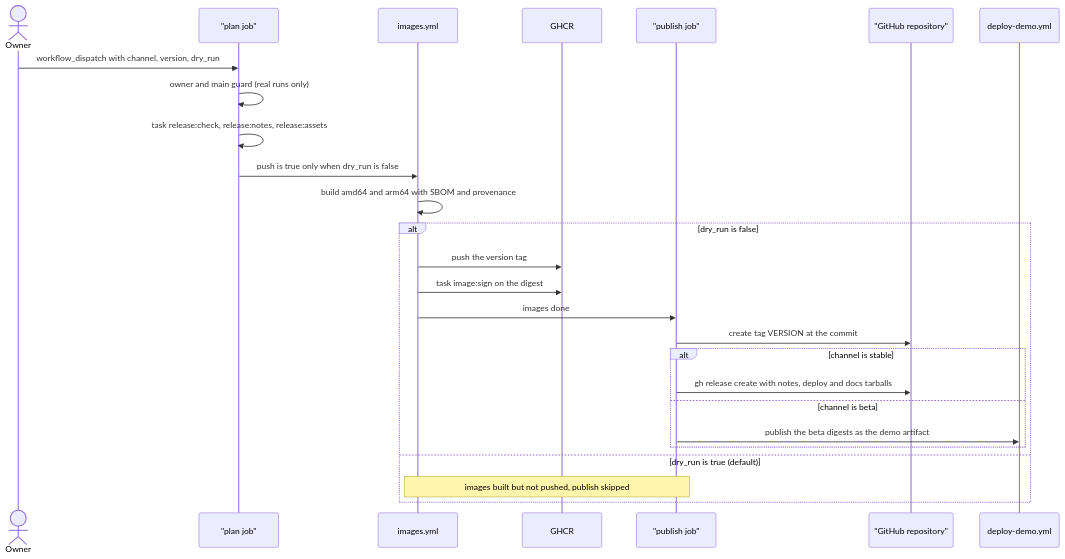
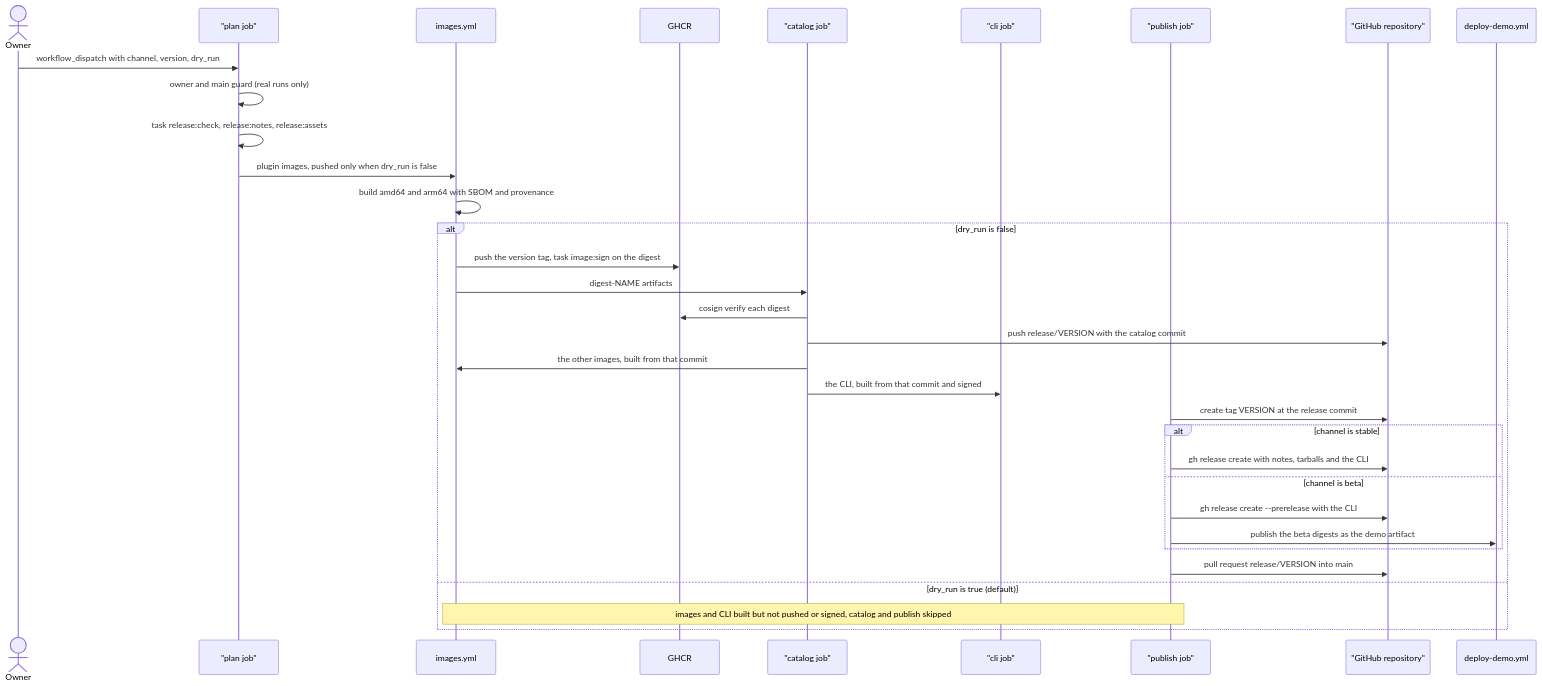
One commit to arkadiuss/openfief changed the fifth of 5 diagrams in docs/dev/pipeline.md. Above: the diagram before and after it, drawn with Mermaid. The commit also changed other lines of this file and 39 other files, not shown here.

````diff
--- a/docs/dev/pipeline.md
+++ b/docs/dev/pipeline.md
@@ -211,28 +214,35 @@
 ```mermaid
 sequenceDiagram
   actor A as Owner
   participant P as "plan job"
   participant I as images.yml
   participant G as GHCR
+  participant C as "catalog job"
+  participant L as "cli job"
   participant U as "publish job"
   participant H as "GitHub repository"
   participant D as deploy-demo.yml
   A->>P: workflow_dispatch with channel, version, dry_run
   P->>P: owner and main guard (real runs only)
   P->>P: task release:check, release:notes, release:assets
-  P->>I: push is true only when dry_run is false
+  P->>I: plugin images, pushed only when dry_run is false
   I->>I: build amd64 and arm64 with SBOM and provenance
   alt dry_run is false
-    I->>G: push the version tag
-    I->>G: task image:sign on the digest
-    I->>U: images done
-    U->>H: create tag VERSION at the commit
+    I->>G: push the version tag, task image:sign on the digest
+    I->>C: digest-NAME artifacts
+    C->>G: cosign verify each digest
+    C->>H: push release/VERSION with the catalog commit
+    C->>I: the other images, built from that commit
+    C->>L: the CLI, built from that commit and signed
+    U->>H: create tag VERSION at the release commit
     alt channel is stable
-      U->>H: gh release create with notes, deploy and docs tarballs
+      U->>H: gh release create with notes, tarballs and the CLI
     else channel is beta
+      U->>H: gh release create --prerelease with the CLI
       U->>D: publish the beta digests as the demo artifact
     end
+    U->>H: pull request release/VERSION into main
   else dry_run is true (default)
-    Note over I,U: images built but not pushed, publish skipped
+    Note over I,U: images and CLI built but not pushed or signed, catalog and publish skipped
   end
 ```
````
